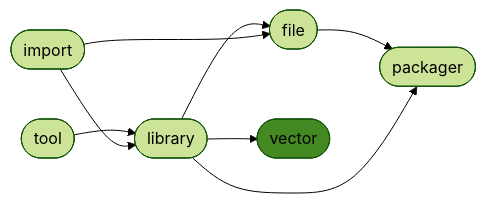
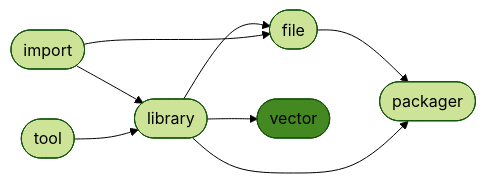
One commit to ManderaGeneral/generalvector changed the diagram in README.md. Above: the diagram before and after it, drawn with Mermaid (forest theme). The commit also changed other lines of this file, not shown here.

````diff
--- a/README.md
+++ b/README.md
@@ -24,17 +24,17 @@
 ```mermaid
 flowchart LR
 3([file]) --> 5([packager])
+0([import]) --> 2([library])
+2([library]) --> 3([file])
+2([library]) --> 5([packager])
+2([library]) --> 4([vector])
+0([import]) --> 3([file])
 1([tool]) --> 2([library])
-0([import]) --> 2([library])
-2([library]) --> 5([packager])
-2([library]) --> 3([file])
-0([import]) --> 3([file])
-2([library]) --> 4([vector])
 click 0 "https://github.com/ManderaGeneral/generalimport"
 click 1 "https://github.com/ManderaGeneral/generaltool"
 click 2 "https://github.com/ManderaGeneral/generallibrary"
 click 3 "https://github.com/ManderaGeneral/generalfile"
 click 4 "https://github.com/ManderaGeneral/generalvector"
 click 5 "https://github.com/ManderaGeneral/generalpackager"
 style 4 fill:#482
 ```
````
